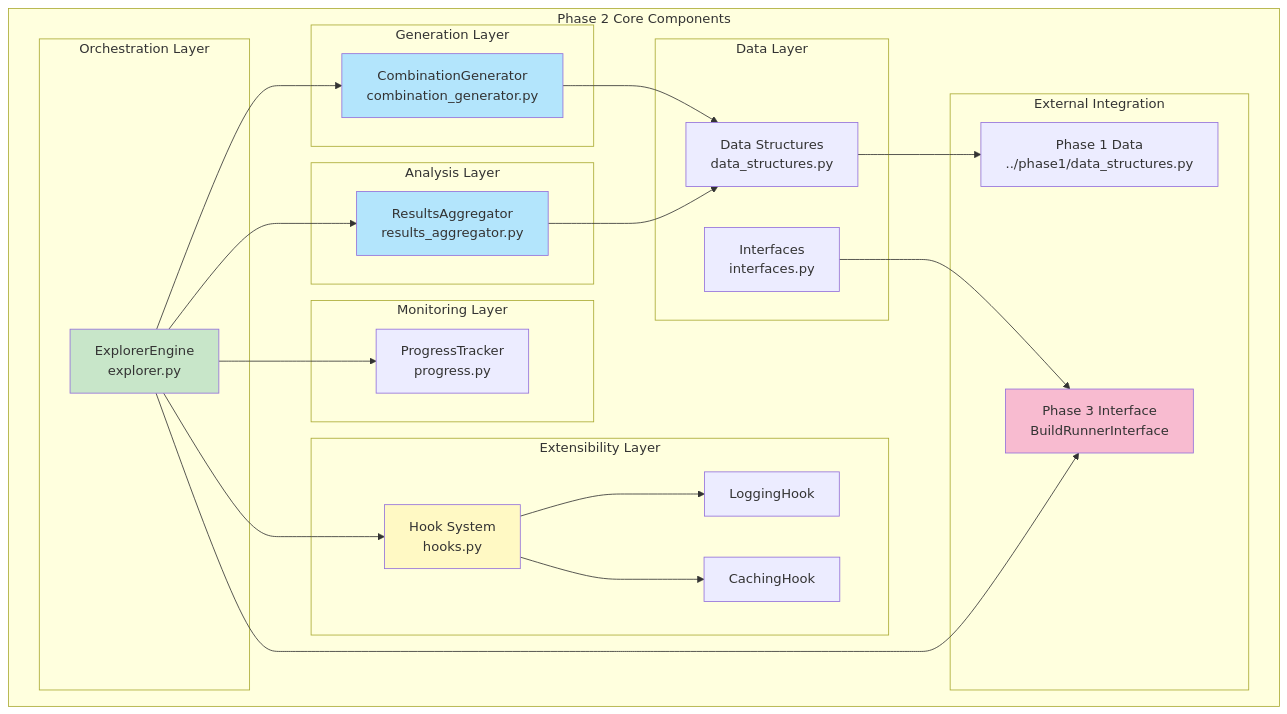
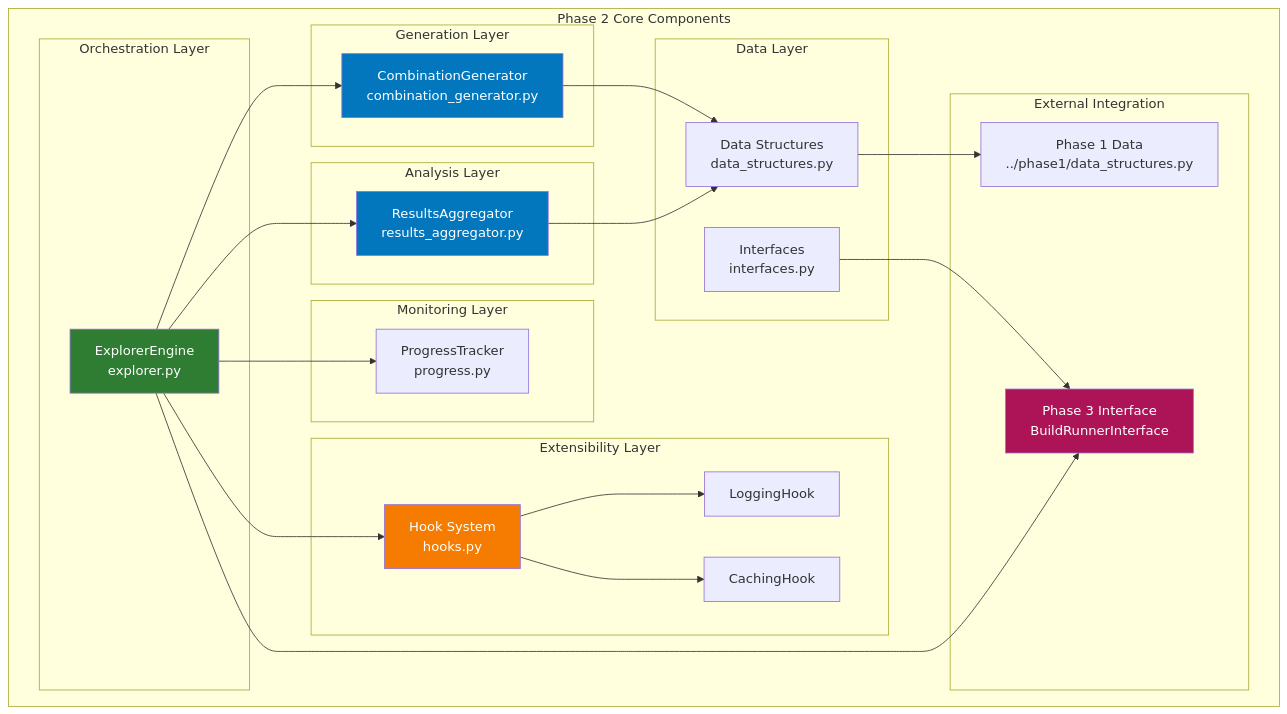
Before and after one commit to microsoft/Brainsmith: the second of 9 diagrams in brainsmith/core/phase2/PHASE2_ARCHITECTURE.md, drawn with Mermaid. The commit also changed other lines of this file and 40 other files, not shown here.

````diff
--- a/brainsmith/core/phase2/PHASE2_ARCHITECTURE.md
+++ b/brainsmith/core/phase2/PHASE2_ARCHITECTURE.md
@@ -70,54 +70,54 @@
 ```mermaid
 graph TB
     subgraph "Phase 2 Core Components"
         subgraph "Orchestration Layer"
             ENG[ExplorerEngine<br/>explorer.py]
         end
         
         subgraph "Generation Layer"
             COMBOGEN[CombinationGenerator<br/>combination_generator.py]
         end
         
         subgraph "Analysis Layer"
             AGG[ResultsAggregator<br/>results_aggregator.py]
         end
         
         subgraph "Monitoring Layer"
             PROG[ProgressTracker<br/>progress.py]
         end
         
         subgraph "Extensibility Layer"
             HOOKS[Hook System<br/>hooks.py]
             LOG[LoggingHook]
             CACHE[CachingHook]
         end
         
         subgraph "Data Layer"
             DS2[Data Structures<br/>data_structures.py]
             IFACE[Interfaces<br/>interfaces.py]
         end
         
         subgraph "External Integration"
             P1[Phase 1 Data<br/>../phase1/data_structures.py]
             P3[Phase 3 Interface<br/>BuildRunnerInterface]
         end
     end
     
     ENG --> COMBOGEN
     ENG --> AGG
     ENG --> PROG
     ENG --> HOOKS
     ENG --> P3
     COMBOGEN --> DS2
     AGG --> DS2
     HOOKS --> LOG
     HOOKS --> CACHE
     IFACE --> P3
     DS2 --> P1
     
-    style ENG fill:#c8e6c9
-    style AGG fill:#b3e5fc
-    style COMBOGEN fill:#b3e5fc
-    style HOOKS fill:#fff9c4
-    style P3 fill:#f8bbd0
+    style ENG fill:#2e7d32,color:#fff
+    style AGG fill:#0277bd,color:#fff
+    style COMBOGEN fill:#0277bd,color:#fff
+    style HOOKS fill:#f57c00,color:#fff
+    style P3 fill:#ad1457,color:#fff
 ```
````
